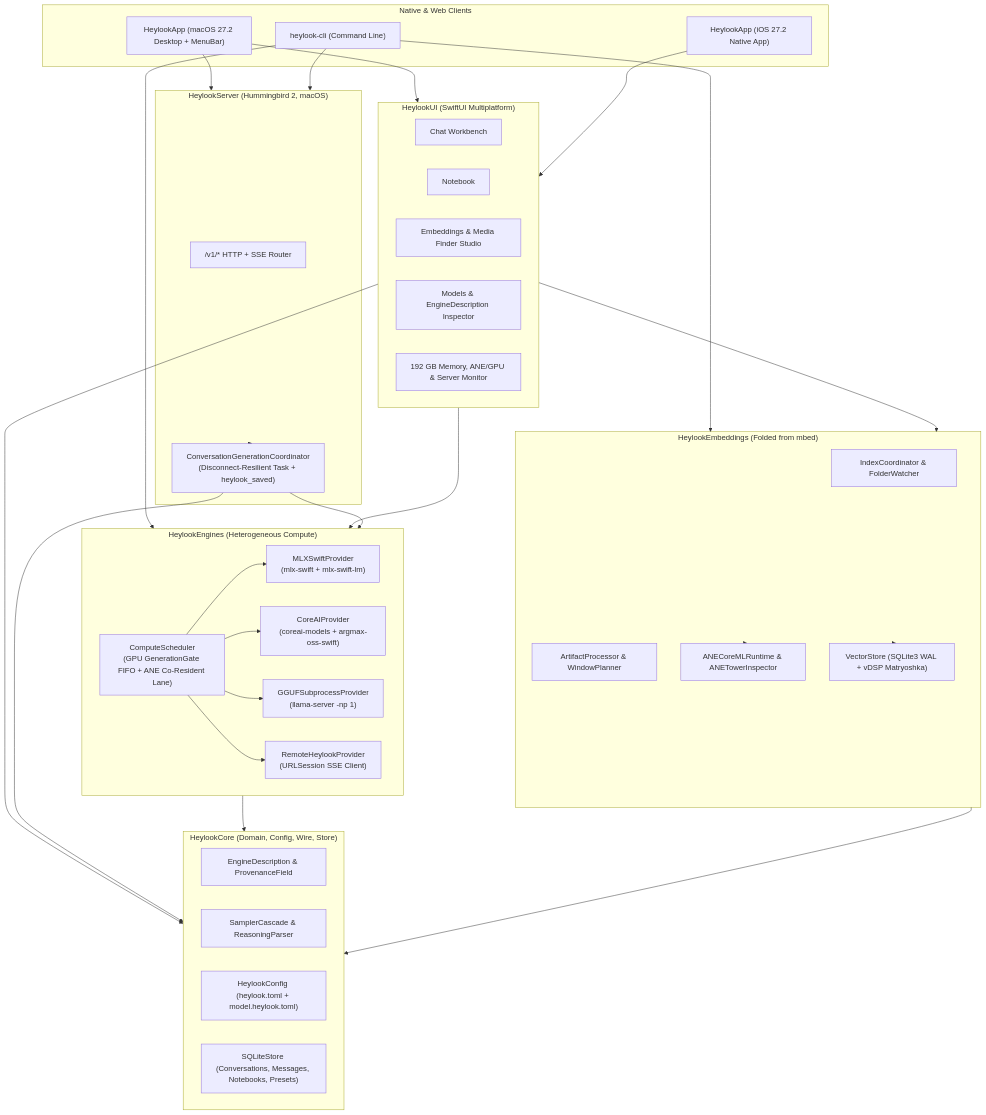
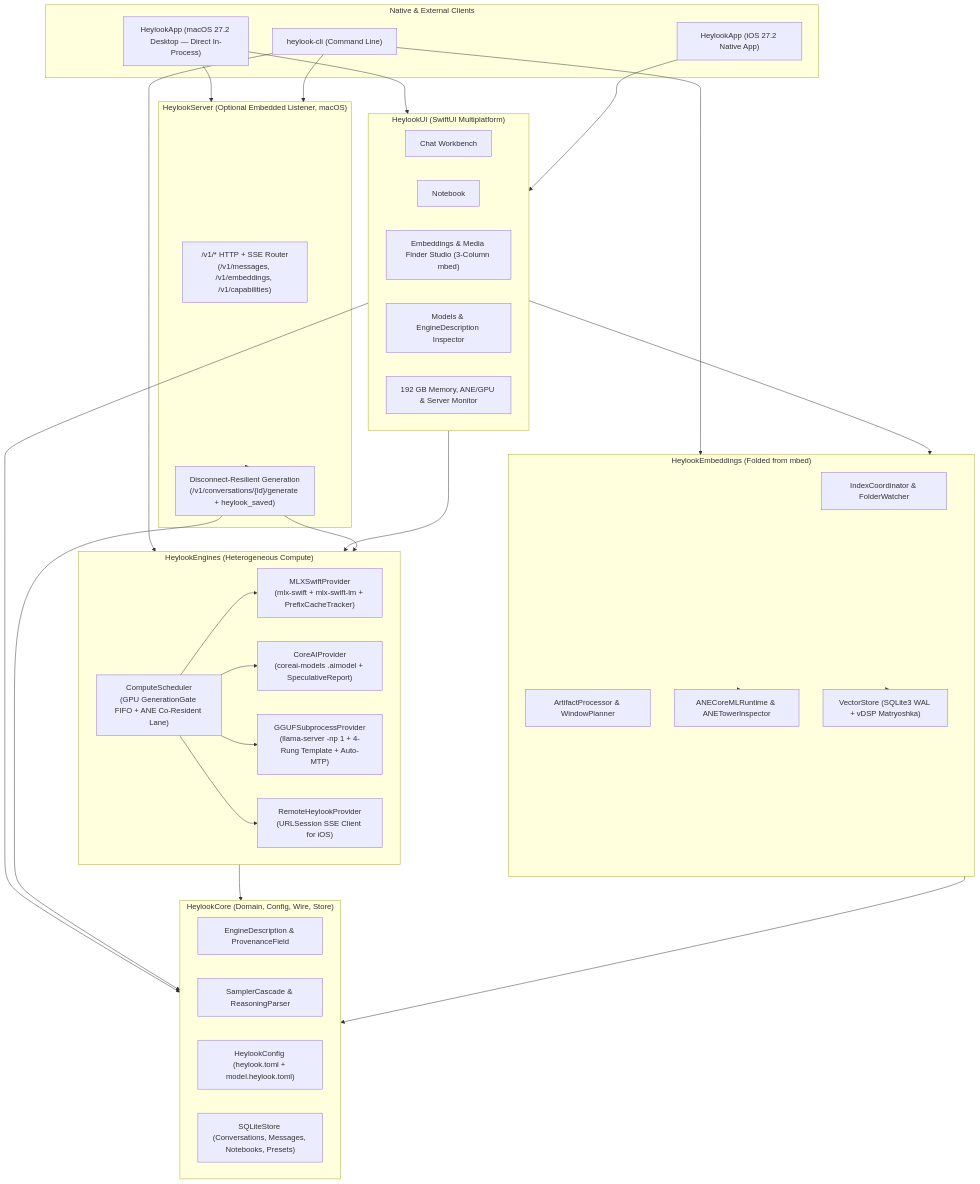
One commit to fblissjr/heylookitsanllm-macos changed the diagram in docs/wiki/architecture_overview.md. Above: the diagram before and after it, drawn with Mermaid. The commit also changed other lines of this file and 8 other files, not shown here.

Commit message:
feat(server,config): complete Phase 2A /v1/* parity, Python heylook.toml parser, 4-rung GGUF ladder, and 192 GB auto-sizing

````diff
--- a/docs/wiki/architecture_overview.md
+++ b/docs/wiki/architecture_overview.md
@@ -9,64 +12,64 @@
 ```mermaid
 flowchart TB
-    subgraph Clients["Native & Web Clients"]
-        MacDesktop["HeylookApp (macOS 27.2 Desktop + MenuBar)"]
+    subgraph Clients["Native & External Clients"]
+        MacDesktop["HeylookApp (macOS 27.2 Desktop — Direct In-Process)"]
         IOSClient["HeylookApp (iOS 27.2 Native App)"]
         CLI["heylook-cli (Command Line)"]
     end
 
     subgraph SharedUI["HeylookUI (SwiftUI Multiplatform)"]
         ChatSurface["Chat Workbench"]
         NotebookSurface["Notebook"]
-        MediaSurface["Embeddings & Media Finder Studio"]
+        MediaSurface["Embeddings & Media Finder Studio (3-Column mbed)"]
         ModelsSurface["Models & EngineDescription Inspector"]
         PerfSurface["192 GB Memory, ANE/GPU & Server Monitor"]
     end
 
-    subgraph ServerLayer["HeylookServer (Hummingbird 2, macOS)"]
-        Router["/v1/* HTTP + SSE Router"]
-        GenCoord["ConversationGenerationCoordinator\n(Disconnect-Resilient Task + heylook_saved)"]
+    subgraph ServerLayer["HeylookServer (Optional Embedded Listener, macOS)"]
+        Router["/v1/* HTTP + SSE Router\n(/v1/messages, /v1/embeddings, /v1/capabilities)"]
+        GenCoord["Disconnect-Resilient Generation\n(/v1/conversations/{id}/generate + heylook_saved)"]
     end
 
     subgraph EngineLayer["HeylookEngines (Heterogeneous Compute)"]
         Sched["ComputeScheduler\n(GPU GenerationGate FIFO + ANE Co-Resident Lane)"]
-        MLX["MLXSwiftProvider\n(mlx-swift + mlx-swift-lm)"]
-        CoreAI["CoreAIProvider\n(coreai-models + argmax-oss-swift)"]
-        GGUF["GGUFSubprocessProvider\n(llama-server -np 1)"]
-        Remote["RemoteHeylookProvider\n(URLSession SSE Client)"]
+        MLX["MLXSwiftProvider\n(mlx-swift + mlx-swift-lm + PrefixCacheTracker)"]
+        CoreAI["CoreAIProvider\n(coreai-models .aimodel + SpeculativeReport)"]
+        GGUF["GGUFSubprocessProvider\n(llama-server -np 1 + 4-Rung Template + Auto-MTP)"]
+        Remote["RemoteHeylookProvider\n(URLSession SSE Client for iOS)"]
     end
 
     subgraph EmbeddingLayer["HeylookEmbeddings (Folded from mbed)"]
         Idx["IndexCoordinator & FolderWatcher"]
         Proc["ArtifactProcessor & WindowPlanner"]
         ANE["ANECoreMLRuntime & ANETowerInspector"]
         Vec["VectorStore (SQLite3 WAL + vDSP Matryoshka)"]
     end
 
     subgraph CoreLayer["HeylookCore (Domain, Config, Wire, Store)"]
         EDesc["EngineDescription & ProvenanceField"]
         Cascade["SamplerCascade & ReasoningParser"]
         TOML["HeylookConfig (heylook.toml + model.heylook.toml)"]
         SQL["SQLiteStore (Conversations, Messages, Notebooks, Presets)"]
     end
 
     MacDesktop --> SharedUI
     MacDesktop --> ServerLayer
     IOSClient --> SharedUI
     CLI --> ServerLayer
     CLI --> EngineLayer
     CLI --> EmbeddingLayer
     SharedUI --> EngineLayer
     SharedUI --> EmbeddingLayer
     SharedUI --> CoreLayer
     ServerLayer --> GenCoord
     GenCoord --> EngineLayer
     GenCoord --> CoreLayer
     Sched --> MLX
     Sched --> CoreAI
     Sched --> GGUF
     Sched --> Remote
     EmbeddingLayer --> ANE
     EmbeddingLayer --> Vec
     EngineLayer --> CoreLayer
     EmbeddingLayer --> CoreLayer
 ```
````
